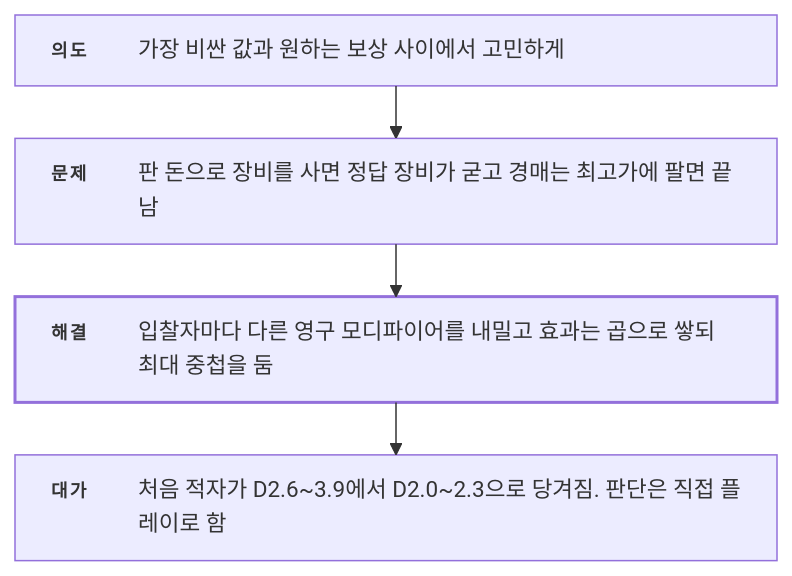
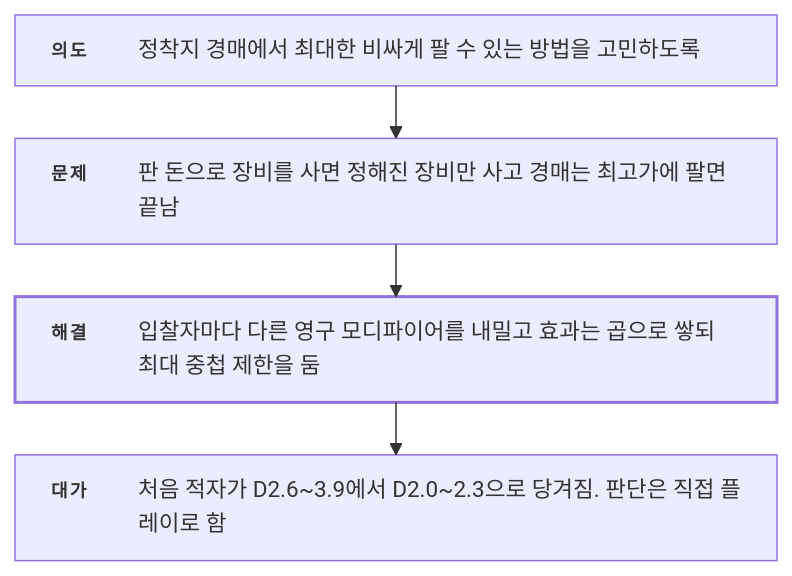
One commit to ashadeveloperr/ashadeveloperr.github.io changed diagram 11 of 12 in src/3-desert-settlement/기술문서.md. Above: the diagram before and after it, drawn with Mermaid. The commit also changed other lines of this file and 2 other files, not shown here.

````diff
--- a/src/3-desert-settlement/기술문서.md
+++ b/src/3-desert-settlement/기술문서.md
@@ -643,18 +557,18 @@
 ```mermaid
 ---
 config:
   layout: elk
   flowchart:
     wrappingWidth: 520
     padding: 12
 ---
 flowchart TB
   %% feature-flow — _local/flow-diagrams.py가 만듦
-  I["<div style='width:460px;display:flex;gap:14px;align-items:baseline;text-align:left;white-space:normal'><span style='flex:0 0 44px;padding-top:2px;font-size:12px;font-weight:700;letter-spacing:.12em;color:var(--accent-ink)'>의도</span><span style='flex:1;font-size:15px;line-height:1.55;color:var(--ink)'>가장 비싼 값과 원하는 보상 사이에서 고민하게</span></div>"]
-  P["<div style='width:460px;display:flex;gap:14px;align-items:baseline;text-align:left;white-space:normal'><span style='flex:0 0 44px;padding-top:2px;font-size:12px;font-weight:700;letter-spacing:.12em;color:var(--accent-ink)'>문제</span><span style='flex:1;font-size:15px;line-height:1.55;color:var(--ink)'>판 돈으로 장비를 사면 정답 장비가 굳고 경매는 최고가에 팔면 끝남</span></div>"]
-  S["<div style='width:460px;display:flex;gap:14px;align-items:baseline;text-align:left;white-space:normal'><span style='flex:0 0 44px;padding-top:2px;font-size:12px;font-weight:700;letter-spacing:.12em;color:var(--accent-ink)'>해결</span><span style='flex:1;font-size:15px;line-height:1.55;color:var(--ink)'>입찰자마다 다른 영구 모디파이어를 내밀고 효과는 곱으로 쌓되 최대 중첩을 둠</span></div>"]
+  I["<div style='width:460px;display:flex;gap:14px;align-items:baseline;text-align:left;white-space:normal'><span style='flex:0 0 44px;padding-top:2px;font-size:12px;font-weight:700;letter-spacing:.12em;color:var(--accent-ink)'>의도</span><span style='flex:1;font-size:15px;line-height:1.55;color:var(--ink)'>정착지 경매에서 최대한 비싸게 팔 수 있는 방법을 고민하도록</span></div>"]
+  P["<div style='width:460px;display:flex;gap:14px;align-items:baseline;text-align:left;white-space:normal'><span style='flex:0 0 44px;padding-top:2px;font-size:12px;font-weight:700;letter-spacing:.12em;color:var(--accent-ink)'>문제</span><span style='flex:1;font-size:15px;line-height:1.55;color:var(--ink)'>판 돈으로 장비를 사면 정해진 장비만 사고 경매는 최고가에 팔면 끝남</span></div>"]
+  S["<div style='width:460px;display:flex;gap:14px;align-items:baseline;text-align:left;white-space:normal'><span style='flex:0 0 44px;padding-top:2px;font-size:12px;font-weight:700;letter-spacing:.12em;color:var(--accent-ink)'>해결</span><span style='flex:1;font-size:15px;line-height:1.55;color:var(--ink)'>입찰자마다 다른 영구 모디파이어를 내밀고 효과는 곱으로 쌓되 최대 중첩 제한을 둠</span></div>"]
   R["<div style='width:460px;display:flex;gap:14px;align-items:baseline;text-align:left;white-space:normal'><span style='flex:0 0 44px;padding-top:2px;font-size:12px;font-weight:700;letter-spacing:.12em;color:var(--accent-ink)'>대가</span><span style='flex:1;font-size:15px;line-height:1.55;color:var(--ink)'>처음 적자가 D2.6~3.9에서 D2.0~2.3으로 당겨짐. 판단은 직접 플레이로 함</span></div>"]
   I --> P --> S --> R
   classDef key stroke-width:2px
   class S key
 ```
````
